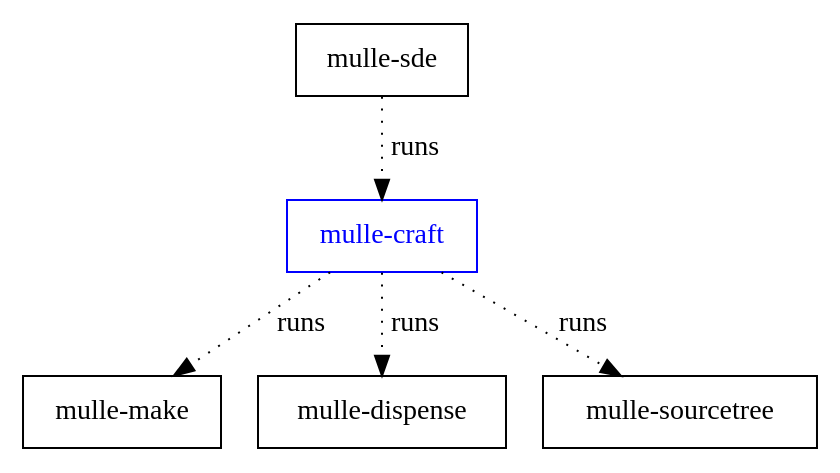
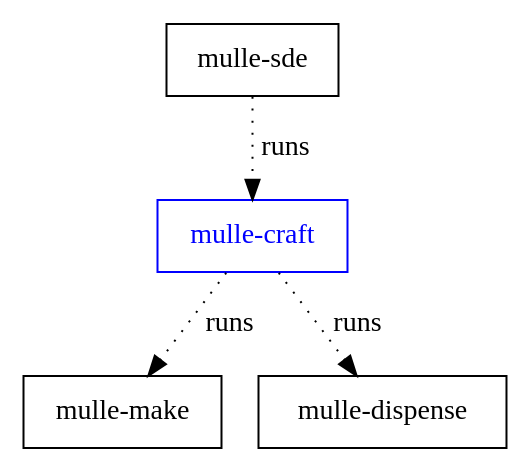
Before and after one commit to mulle-sde/mulle-craft: the diagram in dox/mulle-sde-overview.dot, drawn with Graphviz. The commit also changed 9 other files, not shown here.

```diff
--- a/dox/mulle-sde-overview.dot
+++ b/dox/mulle-sde-overview.dot
@@ -1,11 +1,10 @@
 digraph G {
     graph [rankdir = TD];
 
     node[shape=record];
 
     "mulle-sde" -> "mulle-craft"         [ label="runs", style="dotted"]
     "mulle-craft" -> "mulle-make"        [ label="runs", style="dotted"]
     "mulle-craft" -> "mulle-dispense"    [ label="runs", style="dotted"]
-    "mulle-craft" -> "mulle-sourcetree"  [ label="runs", style="dotted"]
     "mulle-craft"                        [ color="blue", fontcolor="blue"]
 }
```
